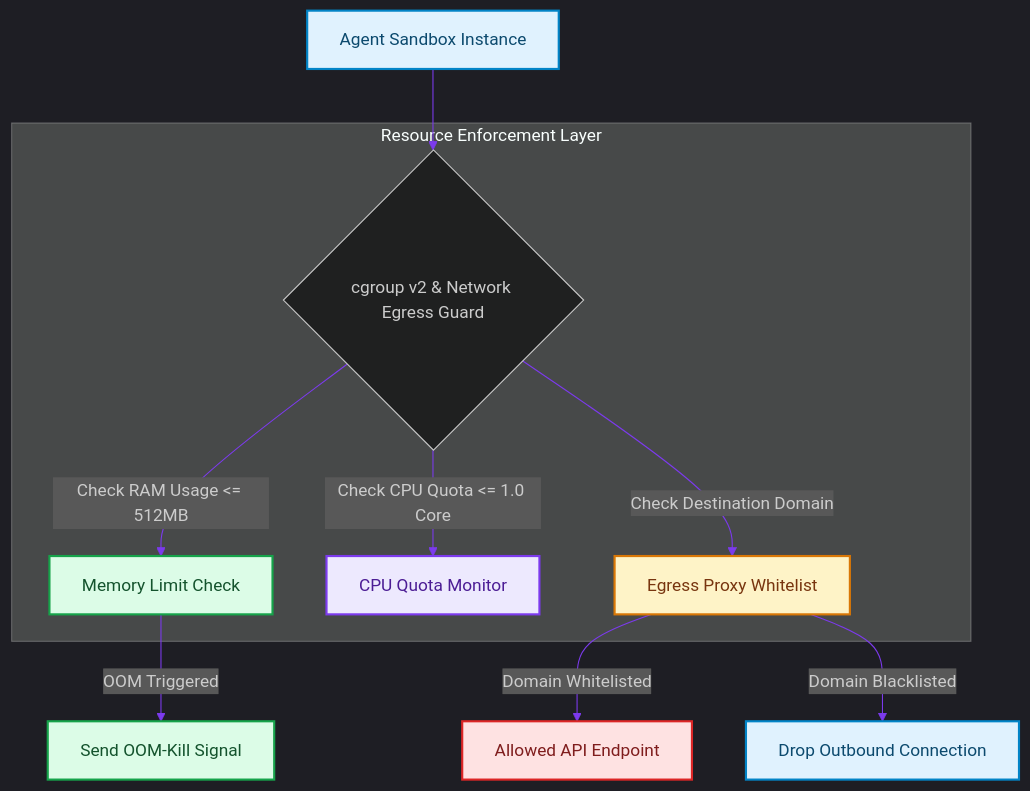
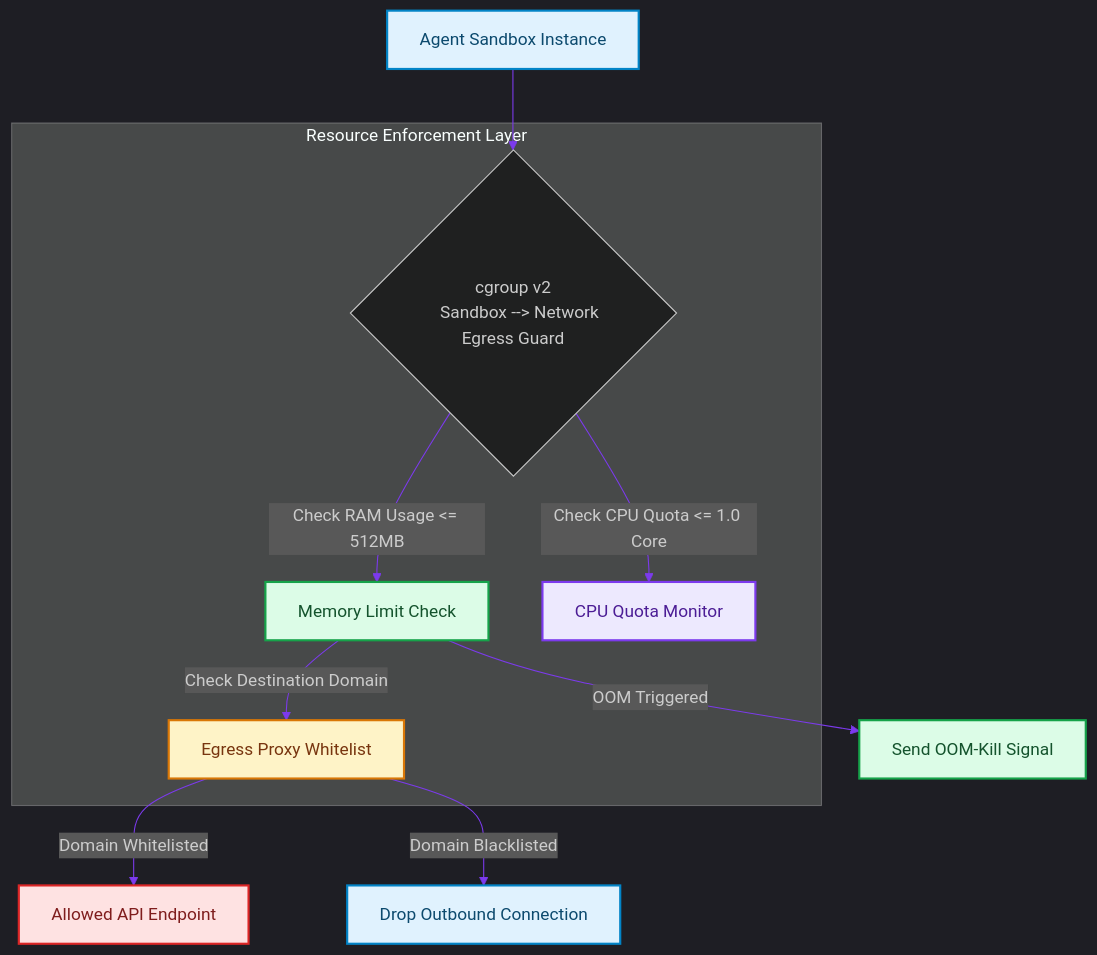
One commit to akmalkhaniub/akmalkhaniub.github.io changed the diagram in blog/posts/system-design-resource-quota-enforcement-cgroups-egress-limits.md. Above: the diagram before and after it, drawn with Mermaid. The commit also changed other lines of this file and 894 other files, not shown here.

Commit message:
feat(blog): upgrade all 444 posts with unique staggered dates, 2-col Mermaid spines, benchmark tables, code blocks, and trade-offs

````diff
--- a/blog/posts/system-design-resource-quota-enforcement-cgroups-egress-limits.md
+++ b/blog/posts/system-design-resource-quota-enforcement-cgroups-egress-limits.md
@@ -16,26 +16,27 @@
 ```mermaid
 %%{init: {'theme': 'dark', 'themeVariables': { 'primaryColor': '#7c3aed', 'primaryTextColor': '#f3f4f6', 'primaryBorderColor': '#a78bfa', 'lineColor': '#7c3aed', 'secondaryColor': '#111827', 'tertiaryColor': '#0b0f19'}}}%%
 flowchart TD
-    Sandbox["Agent Sandbox Instance"] --> LimitGuard{cgroup v2 & Network Egress Guard}
+    Sandbox["Agent Sandbox Instance"] --> LimitGuard{cgroup v2
+    Sandbox --> Network Egress Guard}
     
     subgraph SG1_ResourceEnforcementLayer ["Resource Enforcement Layer"]
         LimitGuard -->|Check RAM Usage <= 512MB| RAMCheck["Memory Limit Check"]
         LimitGuard -->|Check CPU Quota <= 1.0 Core| CPUCheck["CPU Quota Monitor"]
-        LimitGuard -->|Check Destination Domain| Proxy["Egress Proxy Whitelist"]
+        RAMCheck --> |Check Destination Domain| Proxy["Egress Proxy Whitelist"]
     end
     
     Proxy -->|Domain Whitelisted| Internet["Allowed API Endpoint"]
     Proxy -->|Domain Blacklisted| Blocked["Drop Outbound Connection"]
     RAMCheck -->|OOM Triggered| Kill["Send OOM-Kill Signal"]
 
 classDef green fill:#dcfce7,stroke:#16a34a,stroke-width:2px,color:#14532d;
 classDef red fill:#fee2e2,stroke:#dc2626,stroke-width:2px,color:#7f1d1d;
 classDef blue fill:#e0f2fe,stroke:#0284c7,stroke-width:2px,color:#0c4a6e;
 classDef yellow fill:#fef3c7,stroke:#d97706,stroke-width:2px,color:#78350f;
 classDef purple fill:#ede9fe,stroke:#7c3aed,stroke-width:2px,color:#4c1d95;
 class Sandbox,Blocked blue
 class RAMCheck,Kill green
 class CPUCheck purple
 class Proxy yellow
 class Internet red
 ```
````
